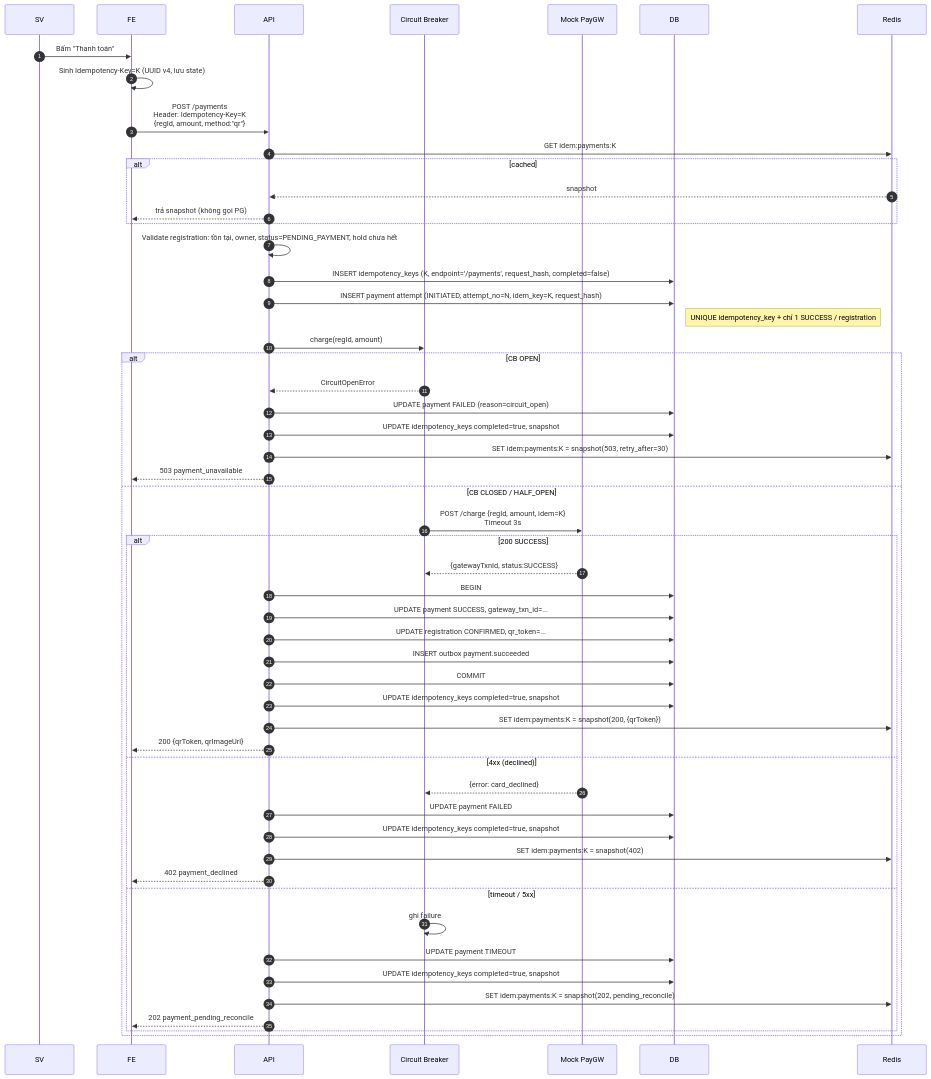
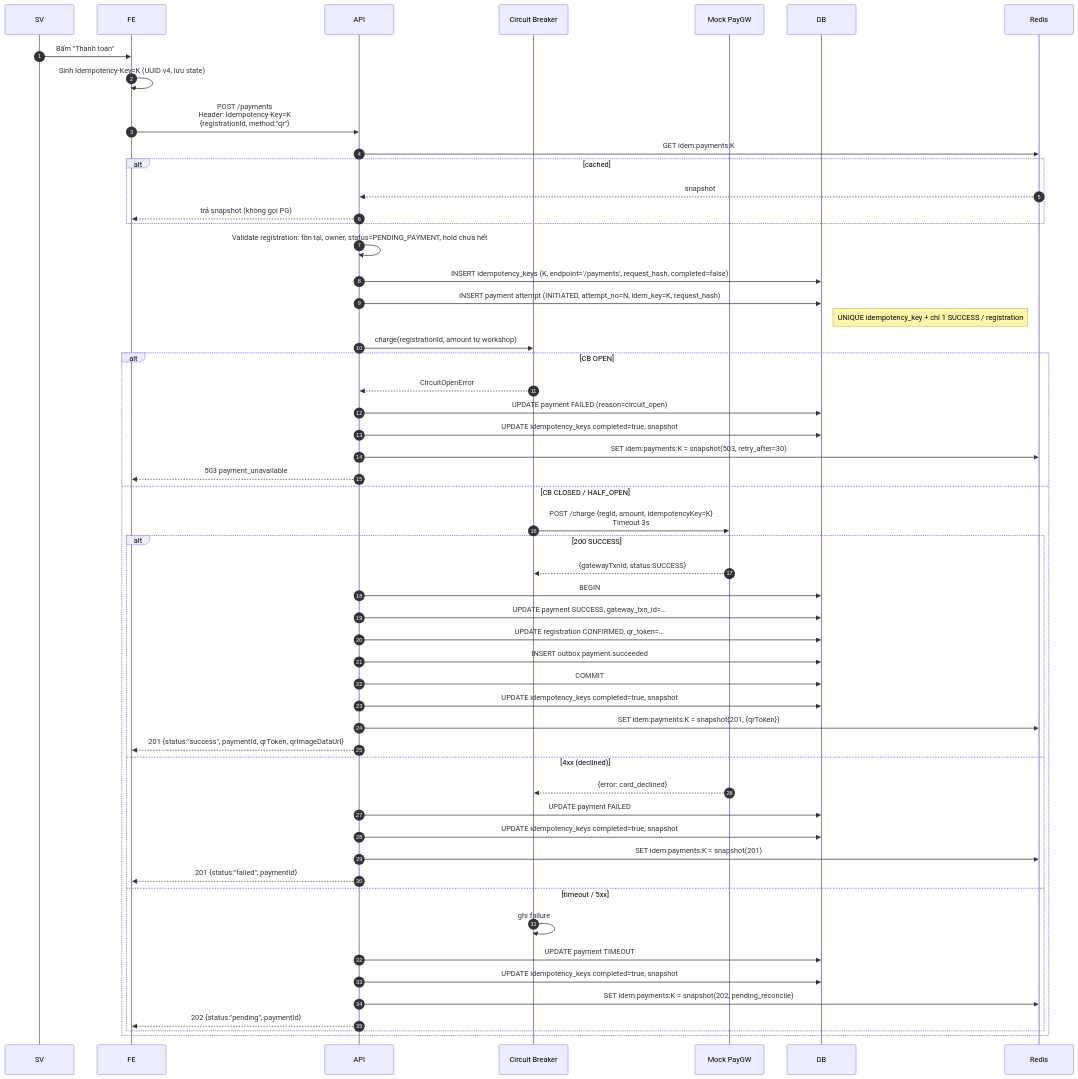
The diagram in blueprint/specs/payment.md (ThangTo/UniHub-Workshop), drawn with Mermaid before and after one commit. The commit also changed other lines of this file and 11 other files, not shown here.

````diff
--- a/blueprint/specs/payment.md
+++ b/blueprint/specs/payment.md
@@ -19,58 +19,58 @@
 ```mermaid
 sequenceDiagram
     autonumber
     participant SV
     participant FE
     participant API
     participant CB as Circuit Breaker
     participant PG as Mock PayGW
     participant DB
     participant R as Redis
 
     SV->>FE: Bấm "Thanh toán"
     FE->>FE: Sinh Idempotency-Key=K (UUID v4, lưu state)
-    FE->>API: POST /payments<br/>Header: Idempotency-Key=K<br/>{regId, amount, method:"qr"}
+    FE->>API: POST /payments<br/>Header: Idempotency-Key=K<br/>{registrationId, method:"qr"}
     API->>R: GET idem:payments:K
     alt cached
         R-->>API: snapshot
         API-->>FE: trả snapshot (không gọi PG)
     end
     API->>API: Validate registration: tồn tại, owner, status=PENDING_PAYMENT, hold chưa hết
     API->>DB: INSERT idempotency_keys (K, endpoint='/payments', request_hash, completed=false)
     API->>DB: INSERT payment attempt (INITIATED, attempt_no=N, idem_key=K, request_hash)
     Note right of DB: UNIQUE idempotency_key + chỉ 1 SUCCESS / registration
 
-    API->>CB: charge(regId, amount)
+    API->>CB: charge(registrationId, amount từ workshop)
     alt CB OPEN
         CB-->>API: CircuitOpenError
         API->>DB: UPDATE payment FAILED (reason=circuit_open)
         API->>DB: UPDATE idempotency_keys completed=true, snapshot
         API->>R: SET idem:payments:K = snapshot(503, retry_after=30)
         API-->>FE: 503 payment_unavailable
     else CB CLOSED / HALF_OPEN
-        CB->>PG: POST /charge {regId, amount, idem=K}<br/>Timeout 3s
+        CB->>PG: POST /charge {regId, amount, idempotencyKey=K}<br/>Timeout 3s
         alt 200 SUCCESS
             PG-->>CB: {gatewayTxnId, status:SUCCESS}
             API->>DB: BEGIN
             API->>DB: UPDATE payment SUCCESS, gateway_txn_id=...
             API->>DB: UPDATE registration CONFIRMED, qr_token=...
             API->>DB: INSERT outbox payment.succeeded
             API->>DB: COMMIT
             API->>DB: UPDATE idempotency_keys completed=true, snapshot
-            API->>R: SET idem:payments:K = snapshot(200, {qrToken})
-            API-->>FE: 200 {qrToken, qrImageUrl}
+            API->>R: SET idem:payments:K = snapshot(201, {qrToken})
+            API-->>FE: 201 {status:"success", paymentId, qrToken, qrImageDataUrl}
         else 4xx (declined)
             PG-->>CB: {error: card_declined}
             API->>DB: UPDATE payment FAILED
             API->>DB: UPDATE idempotency_keys completed=true, snapshot
-            API->>R: SET idem:payments:K = snapshot(402)
-            API-->>FE: 402 payment_declined
+            API->>R: SET idem:payments:K = snapshot(201)
+            API-->>FE: 201 {status:"failed", paymentId}
         else timeout / 5xx
             CB->>CB: ghi failure
             API->>DB: UPDATE payment TIMEOUT
             API->>DB: UPDATE idempotency_keys completed=true, snapshot
             API->>R: SET idem:payments:K = snapshot(202, pending_reconcile)
-            API-->>FE: 202 payment_pending_reconcile
+            API-->>FE: 202 {status:"pending", paymentId}
         end
     end
 ```
````
